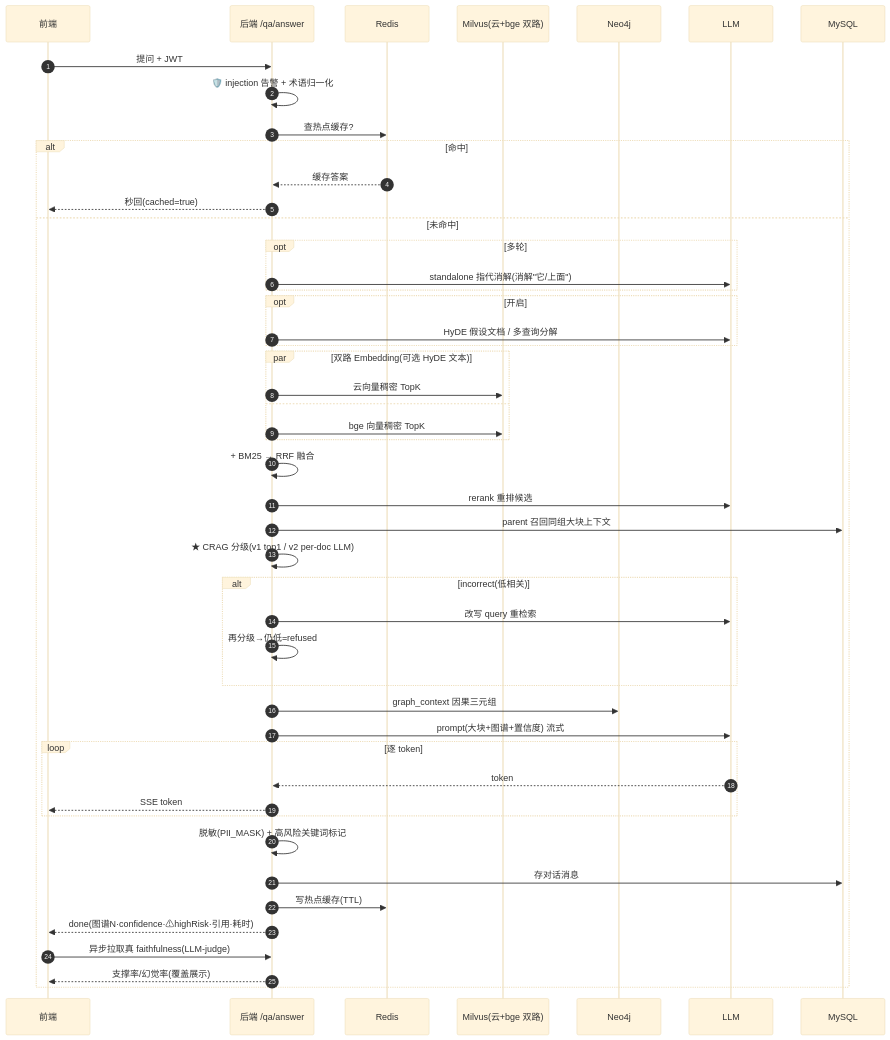
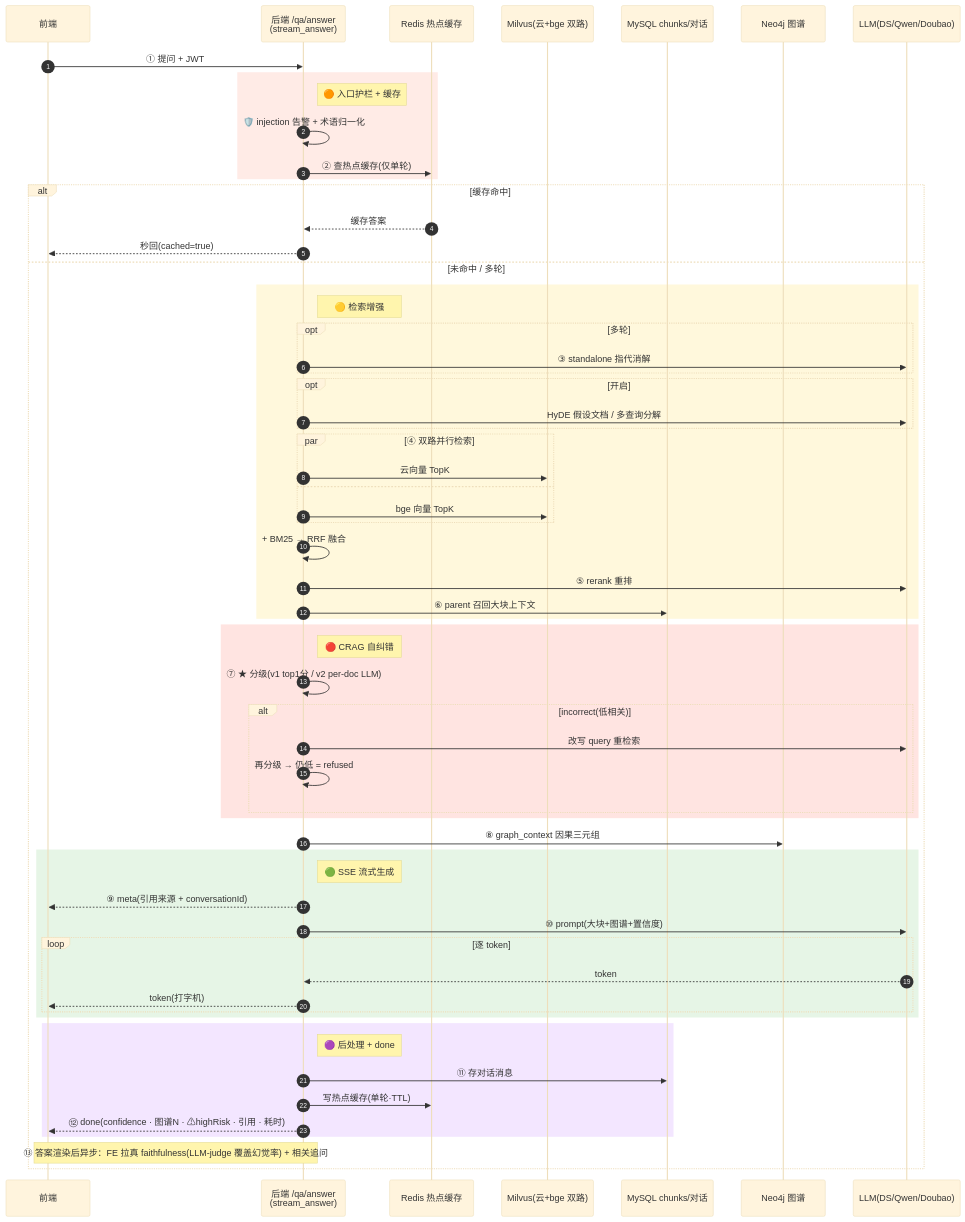
Before and after one commit to zhyese/grid-qa: the fourth of 5 diagrams in README.md, drawn with Mermaid (base theme).

Commit message:
docs(README): 重做单次问答时序图
5 段 rect 色块分阶段(入口护栏/检索增强/CRAG纠错/SSE流式/后处理done)；
主轴编号 ①-⑬；突出 SSE 三段(meta→token loop→done)；异步 faithfulness/相关追问 用 Note 标注；participant 加角色描述。

````diff
--- a/README.md
+++ b/README.md
@@ -241,51 +241,73 @@
 ```mermaid
 sequenceDiagram
     autonumber
     participant FE as 前端
-    participant BE as 后端 /qa/answer
-    participant Redis
+    participant BE as 后端 /qa/answer<br/>(stream_answer)
+    participant Redis as Redis 热点缓存
     participant Milvus as Milvus(云+bge 双路)
-    participant Neo4j
-    participant LLM
-    participant MySQL
+    participant MySQL as MySQL chunks/对话
+    participant Neo4j as Neo4j 图谱
+    participant LLM as LLM(DS/Qwen/Doubao)
 
-    FE->>BE: 提问 + JWT
-    BE->>BE: 🛡️ injection 告警 + 术语归一化
-    BE->>Redis: 查热点缓存?
-    alt 命中
+    FE->>BE: ① 提问 + JWT
+
+    rect rgb(255, 235, 230)
+        Note right of BE: 🟠 入口护栏 + 缓存
+        BE->>BE: 🛡️ injection 告警 + 术语归一化
+        BE->>Redis: ② 查热点缓存(仅单轮)
+    end
+
+    alt 缓存命中
         Redis-->>BE: 缓存答案
         BE-->>FE: 秒回(cached=true)
-    else 未命中
-        opt 多轮
-            BE->>LLM: standalone 指代消解(消解"它/上面")
+    else 未命中 / 多轮
+
+        rect rgb(255, 248, 220)
+            Note right of BE: 🟡 检索增强
+            opt 多轮
+                BE->>LLM: ③ standalone 指代消解
+            end
+            opt 开启
+                BE->>LLM: HyDE 假设文档 / 多查询分解
+            end
+            par ④ 双路并行检索
+                BE->>Milvus: 云向量 TopK
+            and
+                BE->>Milvus: bge 向量 TopK
+            end
+            BE->>BE: + BM25 → RRF 融合
+            BE->>LLM: ⑤ rerank 重排
+            BE->>MySQL: ⑥ parent 召回大块上下文
         end
-        opt 开启
-            BE->>LLM: HyDE 假设文档 / 多查询分解
+
+        rect rgb(255, 228, 225)
+            Note right of BE: 🔴 CRAG 自纠错
+            BE->>BE: ⑦ ★ 分级(v1 top1分 / v2 per-doc LLM)
+            alt incorrect(低相关)
+                BE->>LLM: 改写 query 重检索
+                BE->>BE: 再分级 → 仍低 = refused
+            end
         end
-        par 双路 Embedding(可选 HyDE 文本)
-            BE->>Milvus: 云向量稠密 TopK
-        and
-            BE->>Milvus: bge 向量稠密 TopK
+
+        BE->>Neo4j: ⑧ graph_context 因果三元组
+
+        rect rgb(230, 245, 230)
+            Note right of BE: 🟢 SSE 流式生成
+            BE-->>FE: ⑨ meta(引用来源 + conversationId)
+            BE->>LLM: ⑩ prompt(大块+图谱+置信度)
+            loop 逐 token
+                LLM-->>BE: token
+                BE-->>FE: token(打字机)
+            end
         end
-        BE->>BE: + BM25 → RRF 融合
-        BE->>LLM: rerank 重排候选
-        BE->>MySQL: parent 召回同组大块上下文
-        BE->>BE: ★ CRAG 分级(v1 top1 / v2 per-doc LLM)
-        alt incorrect(低相关)
-            BE->>LLM: 改写 query 重检索
-            BE->>BE: 再分级→仍低=refused
+
+        rect rgb(243, 230, 255)
+            Note right of BE: 🟣 后处理 + done
+            BE->>MySQL: ⑪ 存对话消息
+            BE->>Redis: 写热点缓存(单轮·TTL)
+            BE-->>FE: ⑫ done(confidence · 图谱N · ⚠highRisk · 引用 · 耗时)
         end
-        BE->>Neo4j: graph_context 因果三元组
-        BE->>LLM: prompt(大块+图谱+置信度) 流式
-        loop 逐 token
-            LLM-->>BE: token
-            BE-->>FE: SSE token
-        end
-        BE->>BE: 脱敏(PII_MASK) + 高风险关键词标记
-        BE->>MySQL: 存对话消息
-        BE->>Redis: 写热点缓存(TTL)
-        BE-->>FE: done(图谱N·confidence·⚠highRisk·引用·耗时)
-        FE->>BE: 异步拉取真 faithfulness(LLM-judge)
-        BE-->>FE: 支撑率/幻觉率(覆盖展示)
+
+        Note over FE,BE: ⑬ 答案渲染后异步：FE 拉真 faithfulness(LLM-judge 覆盖幻觉率) + 相关追问
     end
 ```
````
